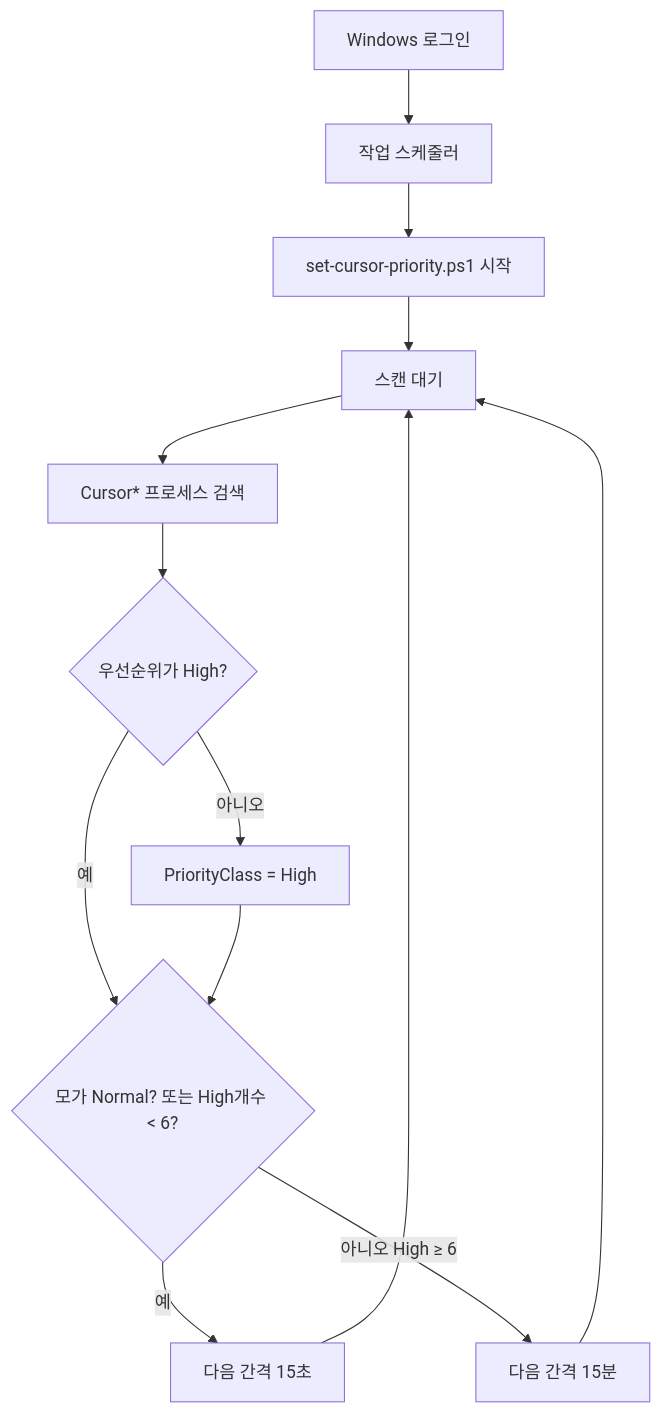
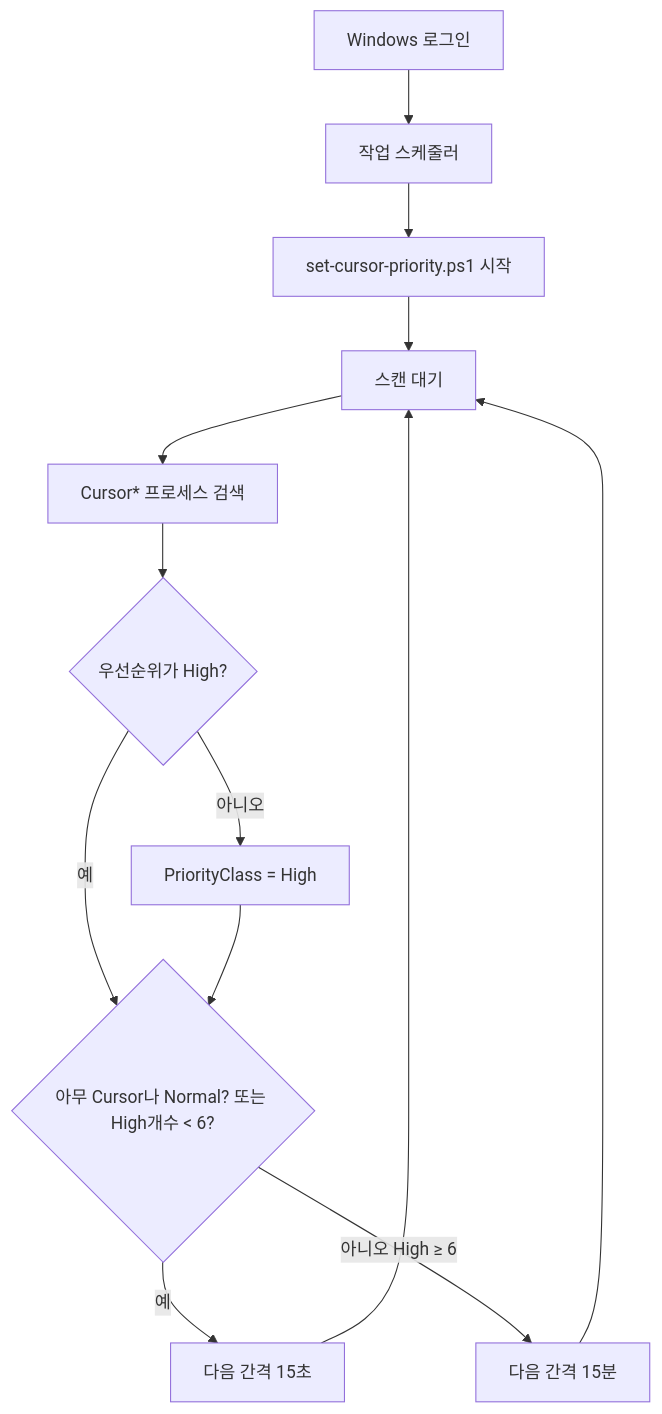
Before and after one commit to gjtuc/cursor_faster: the diagram in README.md, drawn with Mermaid. The commit also changed other lines of this file and 1 other file, not shown here.

````diff
--- a/README.md
+++ b/README.md
@@ -116,15 +116,15 @@
 ```mermaid
 flowchart TD
     A[Windows 로그인] --> B[작업 스케줄러]
     B --> C[set-cursor-priority.ps1 시작]
     C --> D[스캔 대기]
     D --> E[Cursor* 프로세스 검색]
     E --> F{우선순위가 High?}
     F -->|아니오| G[PriorityClass = High]
-    F -->|예| H{모가 Normal? 또는 High개수 < 6?}
+    F -->|예| H{아무 Cursor나 Normal? 또는 High개수 < 6?}
     G --> H
     H -->|예| I[다음 간격 15초]
     H -->|아니오 High ≥ 6| J[다음 간격 15분]
     I --> D
     J --> D
 ```
````
